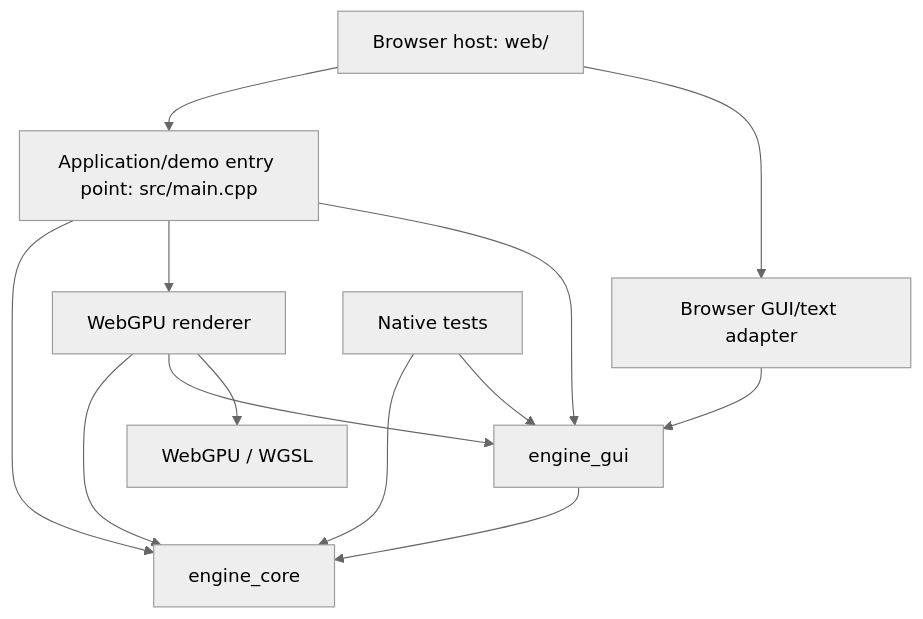
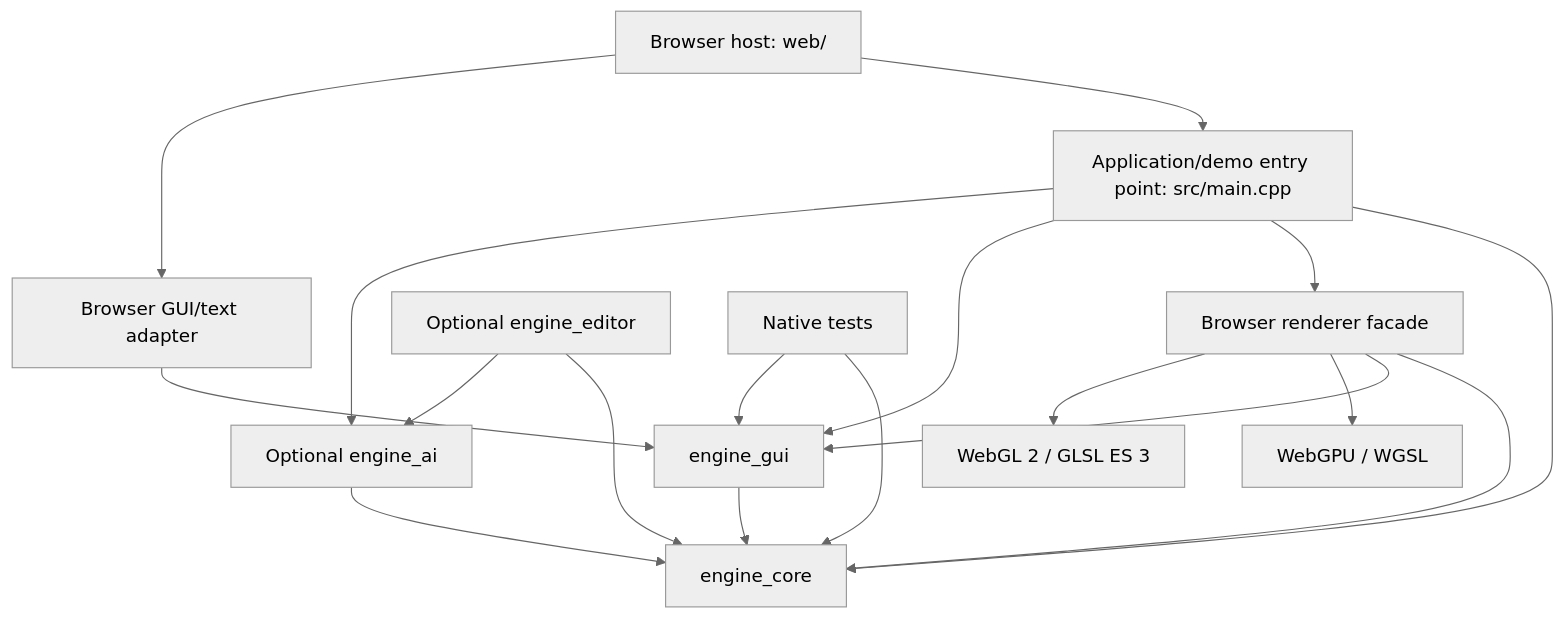
Before and after one commit to johdav999/WebEngine: the diagram in architecture.md, drawn with Mermaid (neutral theme). The commit also changed other lines of this file and 388 other files, not shown here.

````diff
--- a/architecture.md
+++ b/architecture.md
@@ -33,15 +38,20 @@
 ```mermaid
 flowchart TD
     Host[Browser host: web/] --> App[Application/demo entry point: src/main.cpp]
     Host --> Adapter[Browser GUI/text adapter]
     App --> Core[engine_core]
-    App --> Renderer[WebGPU renderer]
+    App --> Renderer[Browser renderer facade]
     App --> Gui[engine_gui]
     Adapter --> Gui
     Gui --> Core
+    AI[Optional engine_ai] --> Core
+    App --> AI
+    Editor[Optional engine_editor] --> Core
+    Editor --> AI
     Renderer --> Core
     Renderer --> Gui
     Renderer --> GPU[WebGPU / WGSL]
+    Renderer --> GL[WebGL 2 / GLSL ES 3]
     Tests[Native tests] --> Core
     Tests --> Gui
 ```
````
